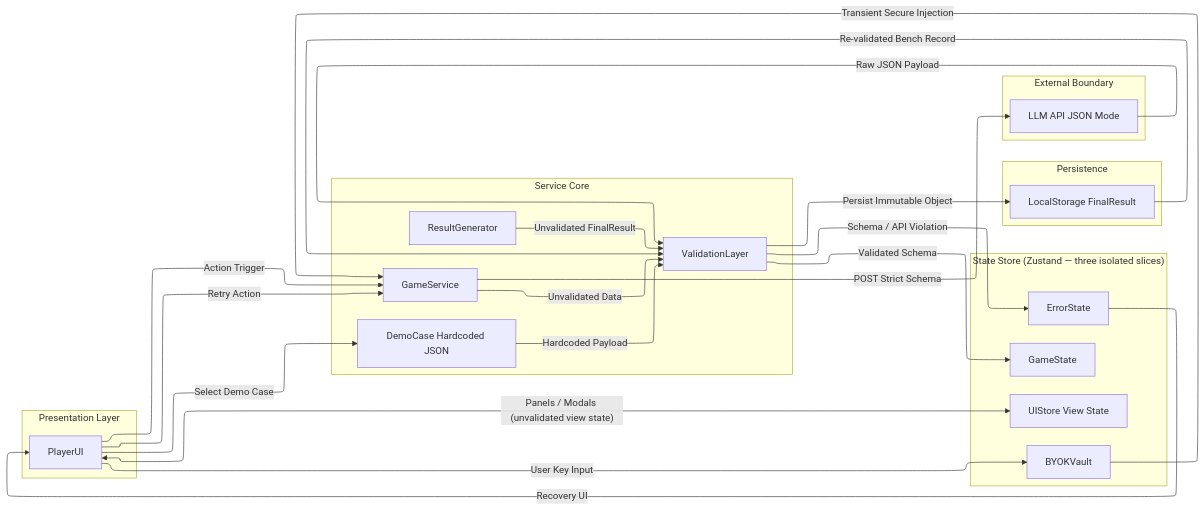
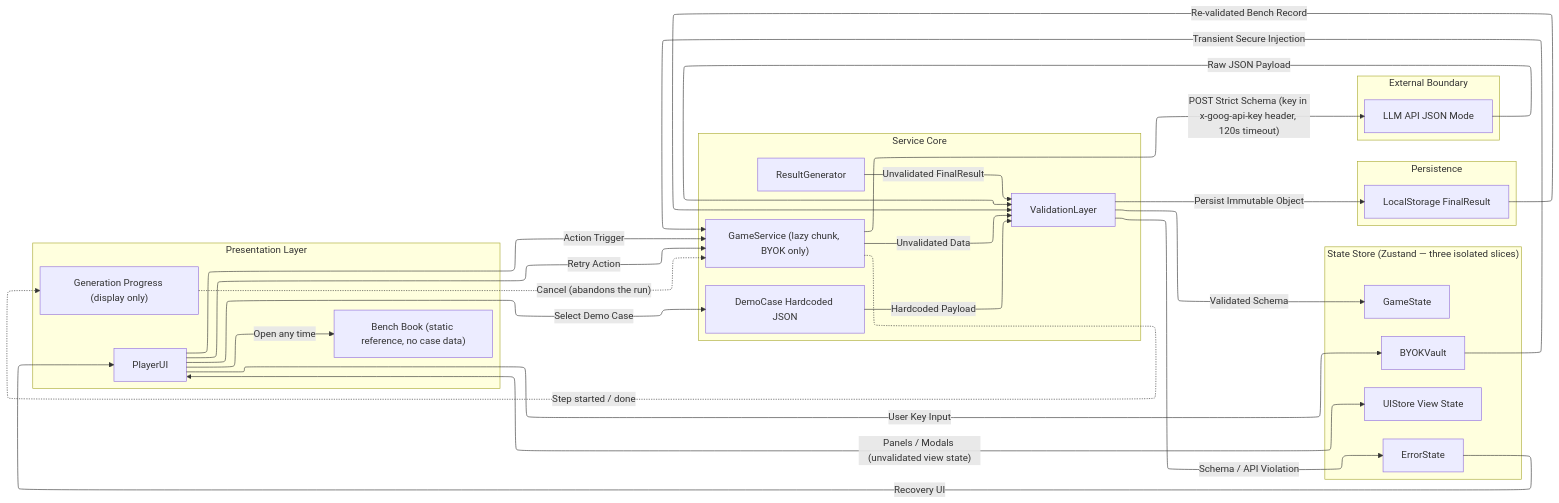
Before and after one commit to jcrump97/the-bench: the first of 2 diagrams in README.md, drawn with Mermaid. The commit also changed other lines of this file and 4 other files, not shown here.

````diff
--- a/README.md
+++ b/README.md
@@ -61,46 +74,51 @@
 ```mermaid
 %%{init:{'flowchart':{'defaultRenderer':'elk'}}}%%
 flowchart LR
     subgraph Presentation["Presentation Layer"]
         UI[PlayerUI]
+        PROG["Generation Progress (display only)"]
+        BB["Bench Book (static reference, no case data)"]
     end
 
     subgraph ServiceCore["Service Core"]
-        GS[GameService]
+        GS["GameService (lazy chunk, BYOK only)"]
         RG[ResultGenerator]
         VL[ValidationLayer]
         DEMO[DemoCase Hardcoded JSON]
     end
 
     subgraph StateStore["State Store (Zustand — three isolated slices)"]
         GAME[GameState]
         ERR[ErrorState]
         VAULT[BYOKVault]
         UIS[UIStore View State]
     end
 
     subgraph Persistence["Persistence"]
         LS[LocalStorage FinalResult]
     end
 
     subgraph External["External Boundary"]
         LLM[LLM API JSON Mode]
     end
 
     UI -->|"Action Trigger"| GS
     UI -->|"User Key Input"| VAULT
     UI -->|"Select Demo Case"| DEMO
     VAULT -->|"Transient Secure Injection"| GS
-    GS -->|"POST Strict Schema"| LLM
+    GS -->|"POST Strict Schema (key in x-goog-api-key header, 120s timeout)"| LLM
+    GS -.->|"Step started / done"| PROG
+    PROG -.->|"Cancel (abandons the run)"| GS
+    UI -->|"Open any time"| BB
     DEMO -->|"Hardcoded Payload"| VL
     LLM -->|"Raw JSON Payload"| VL
     GS -->|"Unvalidated Data"| VL
     RG -->|"Unvalidated FinalResult"| VL
     VL -->|"Validated Schema"| GAME
     VL -->|"Schema / API Violation"| ERR
     VL -->|"Persist Immutable Object"| LS
     LS -->|"Re-validated Bench Record"| VL
     ERR -->|"Recovery UI"| UI
     UI -->|"Retry Action"| GS
     UI <-->|"Panels / Modals (unvalidated view state)"| UIS
 ```
````
